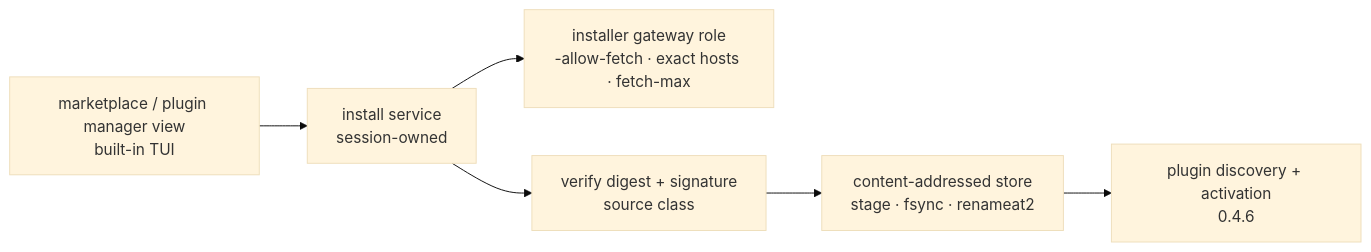
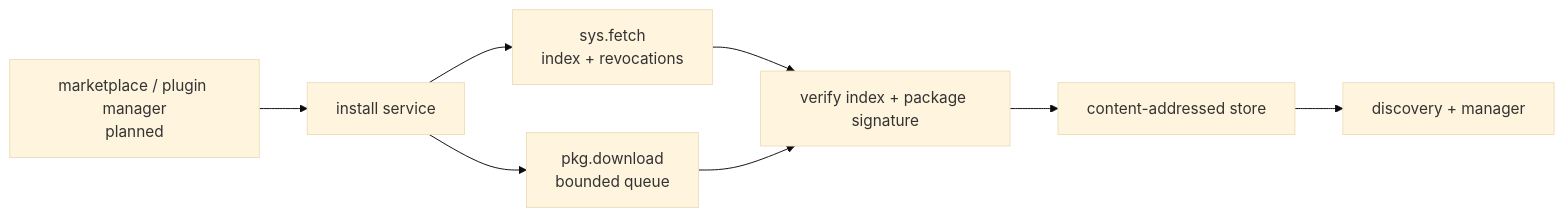
One commit to GBLMX/Anvil changed the fourth of 5 diagrams in docs/architecture-visual.md. Above: the diagram before and after it, drawn with Mermaid (base theme). The commit also changed other lines of this file and 6 other files, not shown here.

Commit message:
docs: update official plugin distribution architecture

````diff
--- a/docs/architecture-visual.md
+++ b/docs/architecture-visual.md
@@ -189,15 +216,10 @@
 ```mermaid
 flowchart LR
-    UI["marketplace / plugin manager view<br/>built-in TUI"]
-    SERVICE["install service<br/>session-owned"]
-    FETCH["installer gateway role<br/>-allow-fetch · exact hosts · fetch-max"]
-    VERIFY["verify digest + signature<br/>source class"]
-    STORE["content-addressed store<br/>stage · fsync · renameat2"]
-    DISCOVER["plugin discovery + activation<br/>0.4.6"]
-
-    UI --> SERVICE
-    SERVICE --> FETCH
-    SERVICE --> VERIFY
-    VERIFY --> STORE
-    STORE --> DISCOVER
+    UI["marketplace / plugin manager<br/>planned"] --> SERVICE["install service"]
+    SERVICE --> FETCH["sys.fetch<br/>index + revocations"]
+    SERVICE --> DOWNLOAD["pkg.download<br/>bounded queue"]
+    FETCH --> VERIFY["verify index + package signature"]
+    DOWNLOAD --> VERIFY
+    VERIFY --> STORE["content-addressed store"]
+    STORE --> DISC["discovery + manager"]
 ```
````
